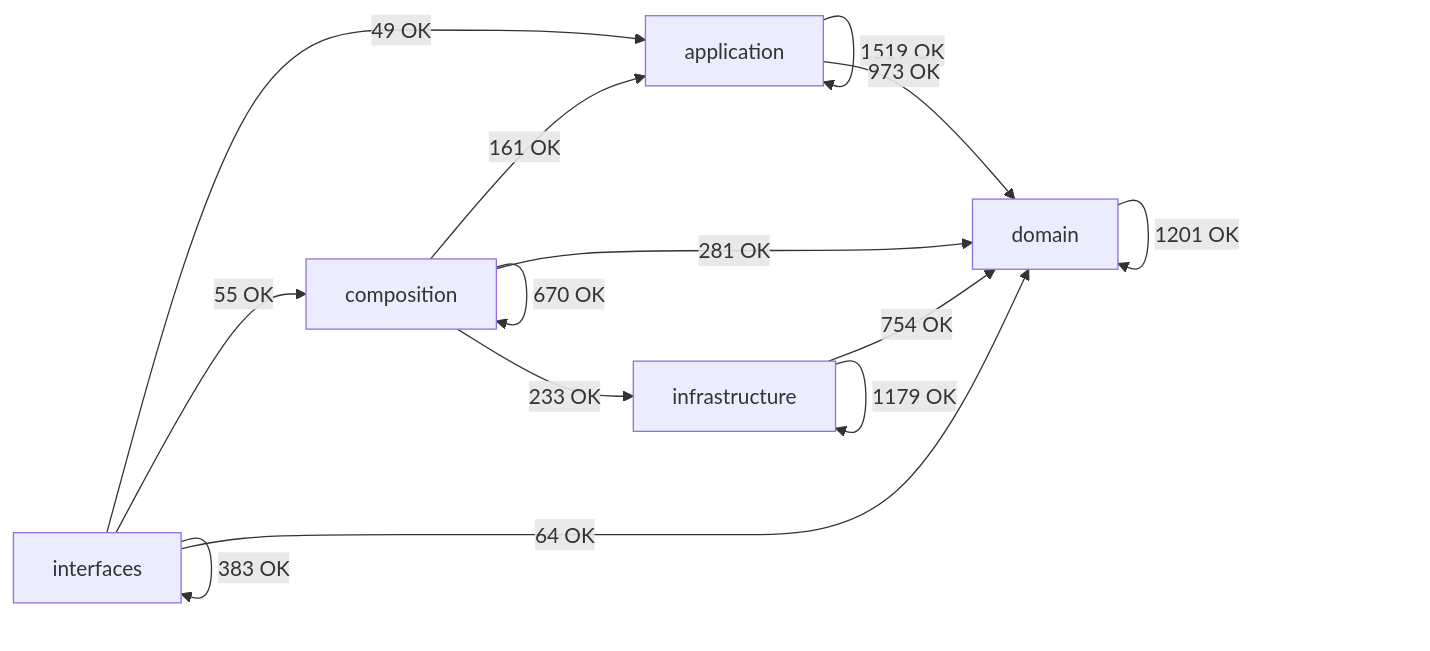
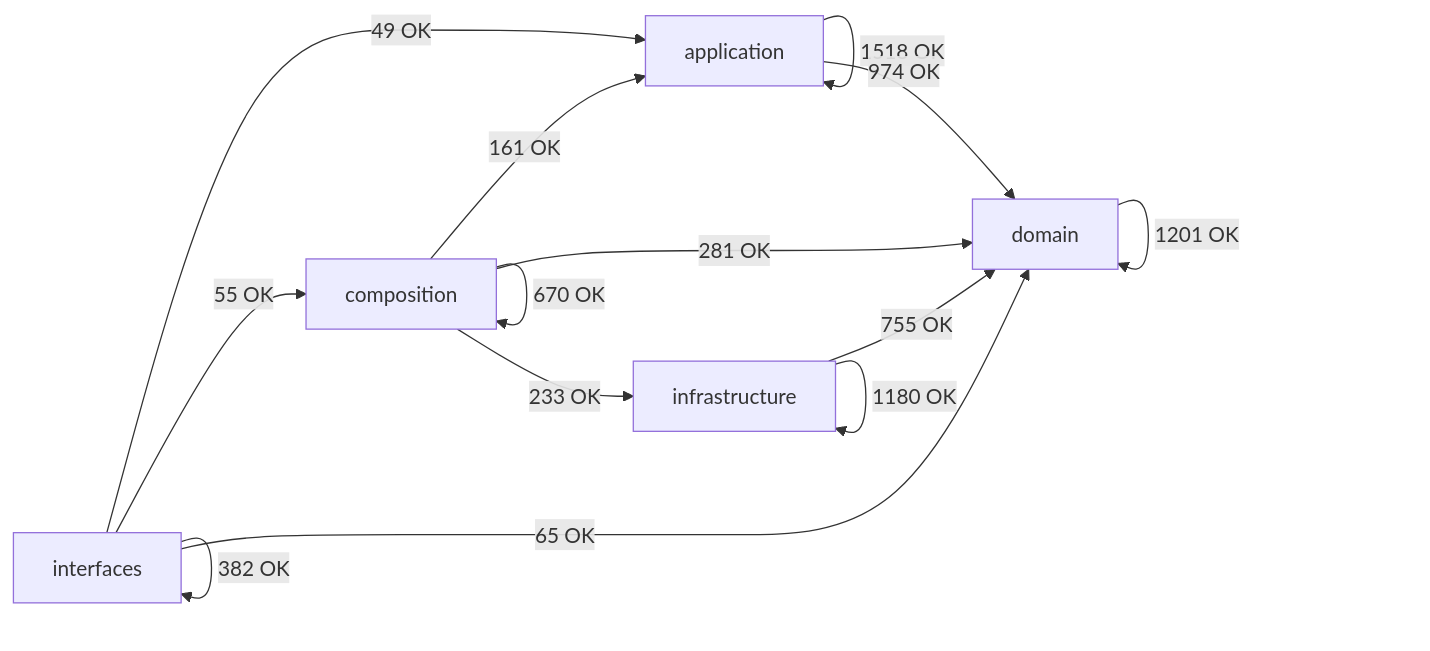
One commit to SatoryKono/BioactivityDataAcquisition changed the diagram in docs/02-architecture/generated/module-dependency-map.md. Above: the diagram before and after it, drawn with Mermaid. The commit also changed other lines of this file and 2 other files, not shown here.

First line of the commit message:
fix(ci): refresh architecture map and inventory hash

````diff
--- a/docs/02-architecture/generated/module-dependency-map.md
+++ b/docs/02-architecture/generated/module-dependency-map.md
@@ -17,21 +17,21 @@
 ```mermaid
 flowchart LR
     domain[domain]
     application[application]
     infrastructure[infrastructure]
     composition[composition]
     interfaces[interfaces]
-    application -->|1519 OK| application
-    application -->|973 OK| domain
+    application -->|1518 OK| application
+    application -->|974 OK| domain
     composition -->|161 OK| application
     composition -->|670 OK| composition
     composition -->|281 OK| domain
     composition -->|233 OK| infrastructure
     domain -->|1201 OK| domain
-    infrastructure -->|754 OK| domain
-    infrastructure -->|1179 OK| infrastructure
+    infrastructure -->|755 OK| domain
+    infrastructure -->|1180 OK| infrastructure
     interfaces -->|49 OK| application
     interfaces -->|55 OK| composition
-    interfaces -->|64 OK| domain
-    interfaces -->|383 OK| interfaces
+    interfaces -->|65 OK| domain
+    interfaces -->|382 OK| interfaces
 ```
````
